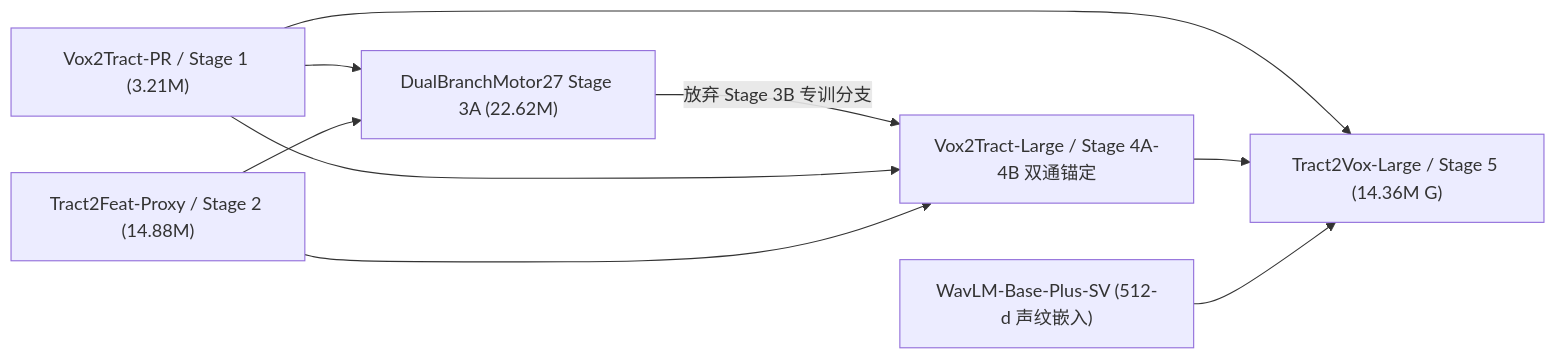
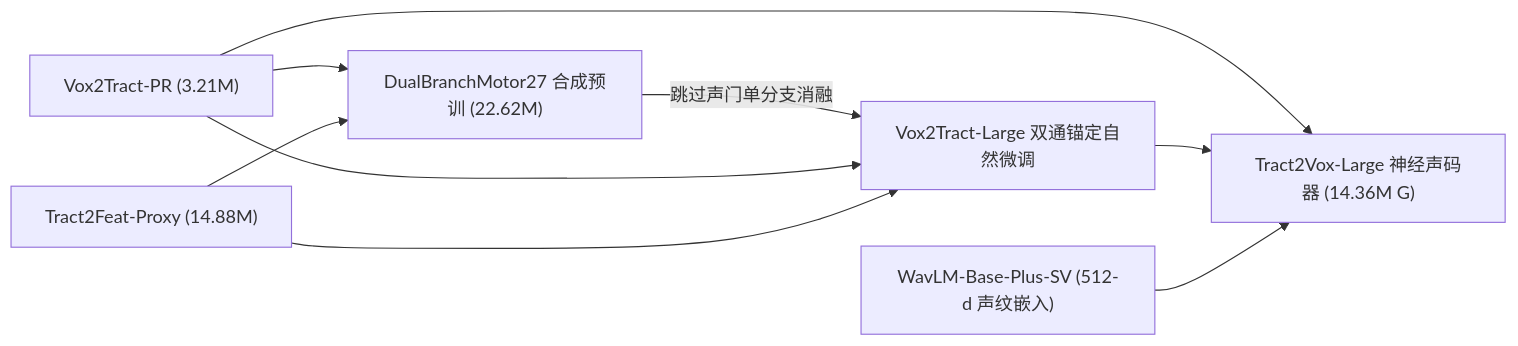
The second of 2 diagrams in docs/OPEN_SOURCE_REPRODUCIBILITY_GUIDE.md (Nephelium/VoxFigura), drawn with Mermaid before and after one commit. The commit also changed other lines of this file and 380 other files, not shown here.

````diff
--- a/docs/OPEN_SOURCE_REPRODUCIBILITY_GUIDE.md
+++ b/docs/OPEN_SOURCE_REPRODUCIBILITY_GUIDE.md
@@ -246,11 +246,11 @@
 ```mermaid
 flowchart LR
-    S1["Vox2Tract-PR / Stage 1 (3.21M)"] --> S3A["DualBranchMotor27 Stage 3A (22.62M)"]
-    S2["Tract2Feat-Proxy / Stage 2 (14.88M)"] --> S3A
-    S3A --> |"放弃 Stage 3B 专训分支"| S4A["Vox2Tract-Large / Stage 4A-4B 双通锚定"]
+    S1["Vox2Tract-PR (3.21M)"] --> S3A["DualBranchMotor27 合成预训 (22.62M)"]
+    S2["Tract2Feat-Proxy (14.88M)"] --> S3A
+    S3A --> |"跳过声门单分支消融"| S4A["Vox2Tract-Large 双通锚定自然微调"]
     S1 --> S4A
     S2 --> S4A
-    S1 --> S5["Tract2Vox-Large / Stage 5 (14.36M G)"]
+    S1 --> S5["Tract2Vox-Large 神经声码器 (14.36M G)"]
     S4A --> S5
     SV["WavLM-Base-Plus-SV (512-d 声纹嵌入)"] --> S5
 ```
````
